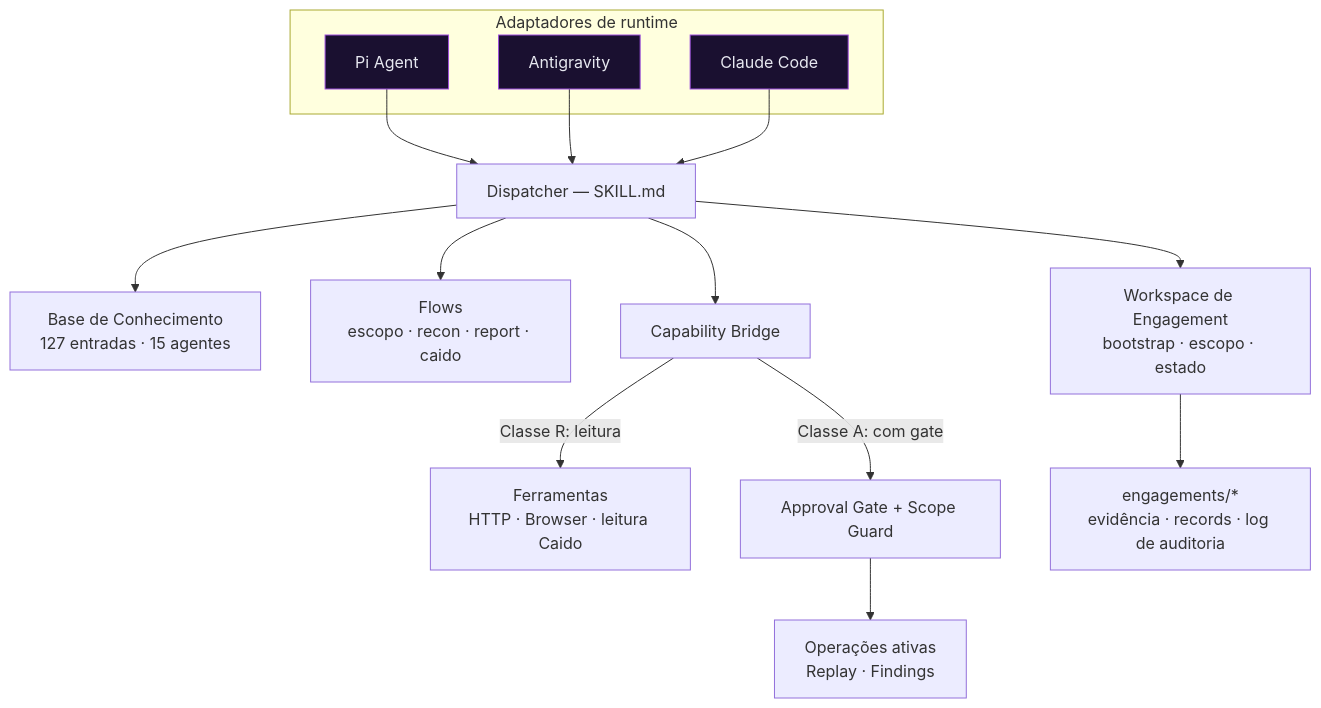
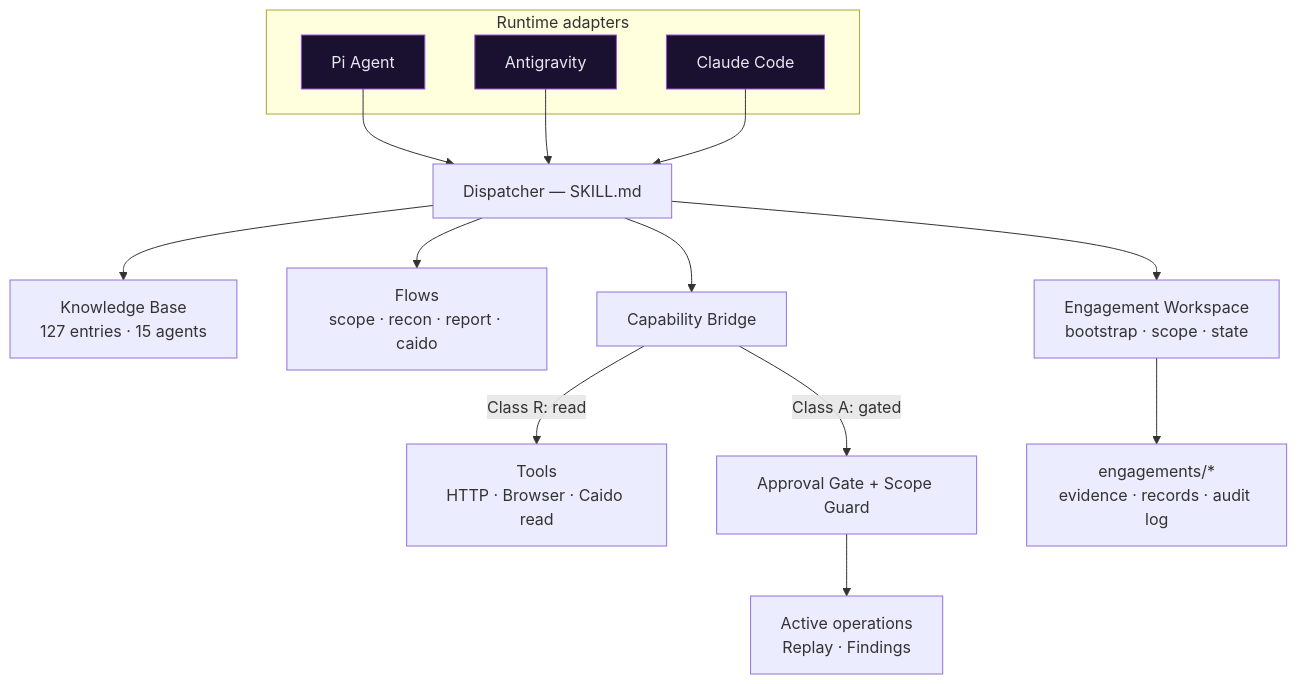
Before and after one commit to Pettigrul/SYNAPSE: the first of 3 diagrams in README.md, drawn with Mermaid. The commit also changed other lines of this file and 41 other files, not shown here.

````diff
--- a/README.md
+++ b/README.md
@@ -139,18 +144,18 @@
 ```mermaid
 flowchart TB
-  subgraph RT["Adaptadores de runtime"]
+  subgraph RT["Runtime adapters"]
     PI["Pi Agent"]:::rt
     AG["Antigravity"]:::rt
     CC["Claude Code"]:::rt
   end
   PI & AG & CC --> DISP["Dispatcher — SKILL.md"]
-  DISP --> KB["Base de Conhecimento<br/>127 entradas · 15 agentes"]
-  DISP --> FLOWS["Flows<br/>escopo · recon · report · caido"]
-  DISP --> WS["Workspace de Engagement<br/>bootstrap · escopo · estado"]
+  DISP --> KB["Knowledge Base<br/>127 entries · 15 agents"]
+  DISP --> FLOWS["Flows<br/>scope · recon · report · caido"]
+  DISP --> WS["Engagement Workspace<br/>bootstrap · scope · state"]
   DISP --> BR["Capability Bridge"]
-  BR -->|Classe R: leitura| TOOLS["Ferramentas<br/>HTTP · Browser · leitura Caido"]
-  BR -->|Classe A: com gate| GATE["Approval Gate + Scope Guard"]
-  GATE --> ACTIVE["Operações ativas<br/>Replay · Findings"]
-  WS --> STATE["engagements/*<br/>evidência · records · log de auditoria"]
+  BR -->|Class R: read| TOOLS["Tools<br/>HTTP · Browser · Caido read"]
+  BR -->|Class A: gated| GATE["Approval Gate + Scope Guard"]
+  GATE --> ACTIVE["Active operations<br/>Replay · Findings"]
+  WS --> STATE["engagements/*<br/>evidence · records · audit log"]
   classDef rt fill:#1a1030,stroke:#9D4EDD,color:#E7E8F0;
 ```
````
